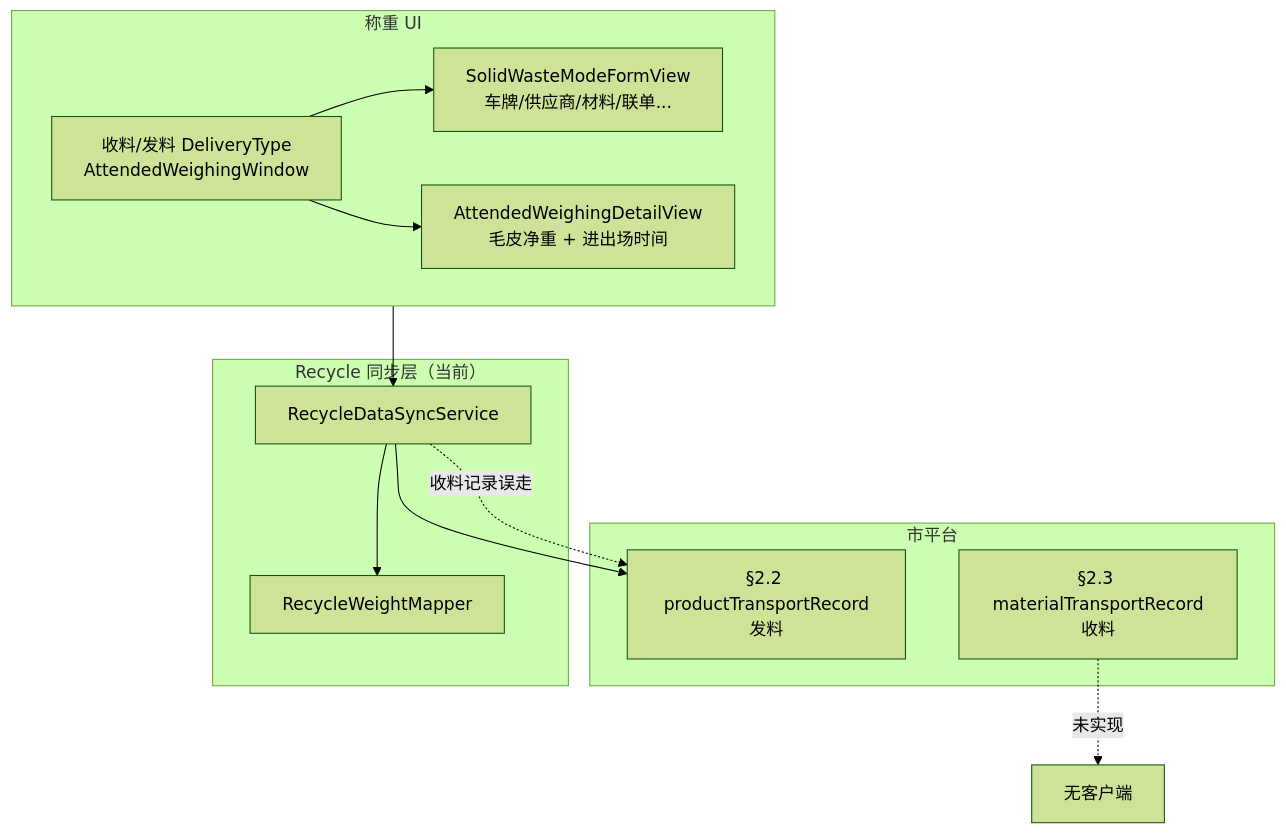
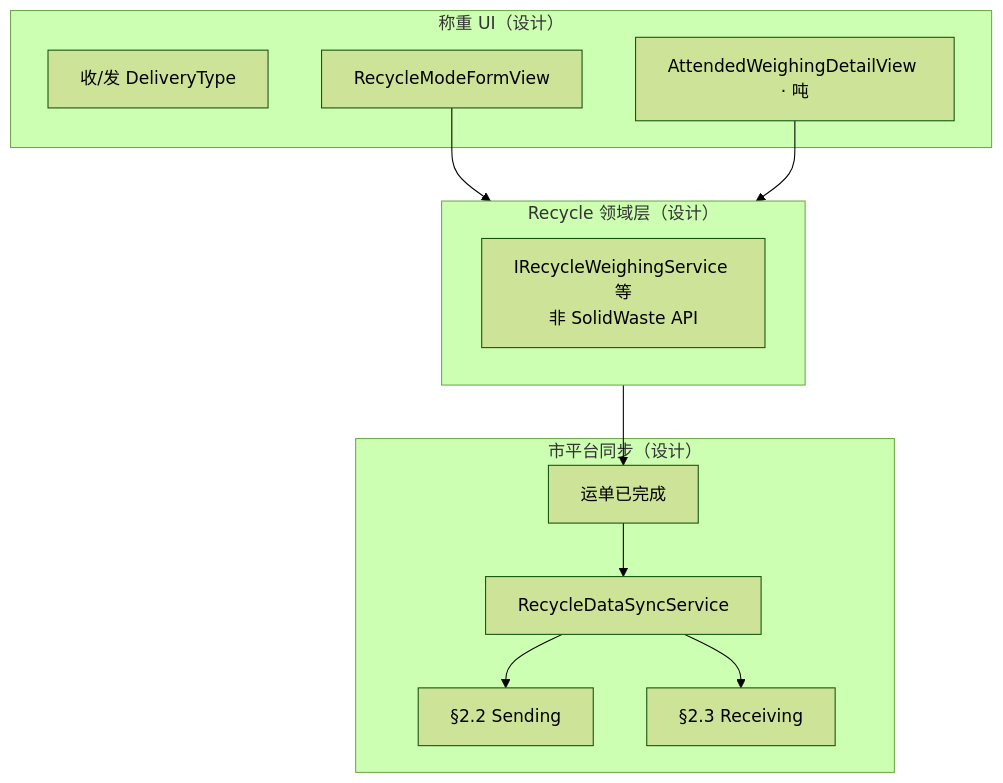
One commit to feewillowherb/material-client-vault changed the diagram in docs/2026-07-09-recycle-ui-22-23-gap-analysis/03-缺口与后续建议.md. Above: the diagram before and after it, drawn with Mermaid (forest theme). The commit also changed other lines of this file and 5 other files, not shown here.

````diff
--- a/docs/2026-07-09-recycle-ui-22-23-gap-analysis/03-缺口与后续建议.md
+++ b/docs/2026-07-09-recycle-ui-22-23-gap-analysis/03-缺口与后续建议.md
@@ -7,26 +9,24 @@
 ```mermaid
 flowchart TB
-    subgraph UI["称重 UI"]
-        DT["收料/发料 DeliveryType<br/>AttendedWeighingWindow"]
-        FORM["SolidWasteModeFormView<br/>车牌/供应商/材料/联单..."]
-        WGT["AttendedWeighingDetailView<br/>毛皮净重 + 进出场时间"]
+    subgraph UI["称重 UI（设计）"]
+        DT["收/发 DeliveryType"]
+        FORM["RecycleModeFormView"]
+        WGT["AttendedWeighingDetailView · 吨"]
     end
 
-    subgraph API["市平台"]
-        A22["§2.2 productTransportRecord<br/>发料"]
-        A23["§2.3 materialTransportRecord<br/>收料"]
+    subgraph DOMAIN["Recycle 领域层（设计）"]
+        RSVC["IRecycleWeighingService 等<br/>非 SolidWaste API"]
     end
 
-    subgraph SYNC["Recycle 同步层（当前）"]
+    subgraph SYNC["市平台同步（设计）"]
+        GATE["运单已完成"]
         SVC["RecycleDataSyncService"]
-        MAP["RecycleWeightMapper"]
-        SVC --> MAP
-        SVC --> A22
+        SVC --> A22["§2.2 Sending"]
+        SVC --> A23["§2.3 Receiving"]
     end
 
-    DT --> FORM
-    DT --> WGT
-    UI --> SVC
-    A23 -.->|未实现| X["无客户端"]
-    SVC -.->|收料记录误走| A22
+    FORM --> DOMAIN
+    WGT --> DOMAIN
+    DOMAIN --> GATE
+    GATE --> SVC
 ```
````
